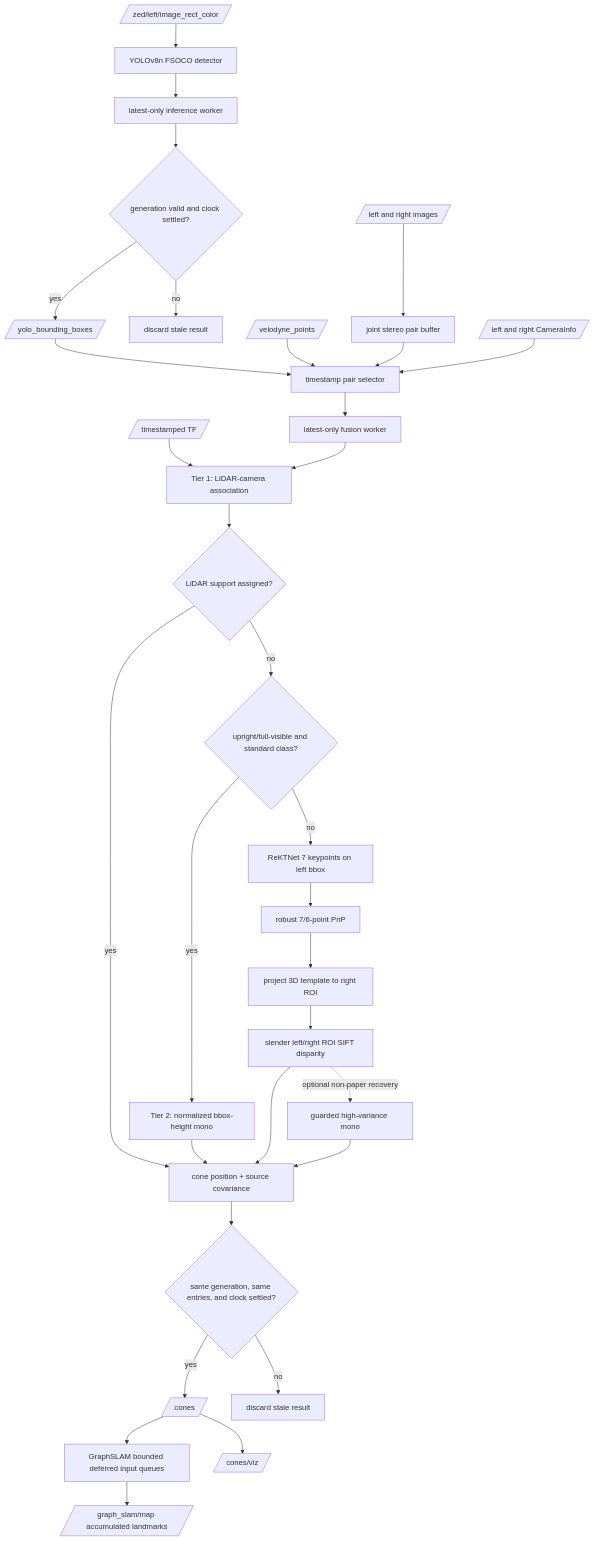
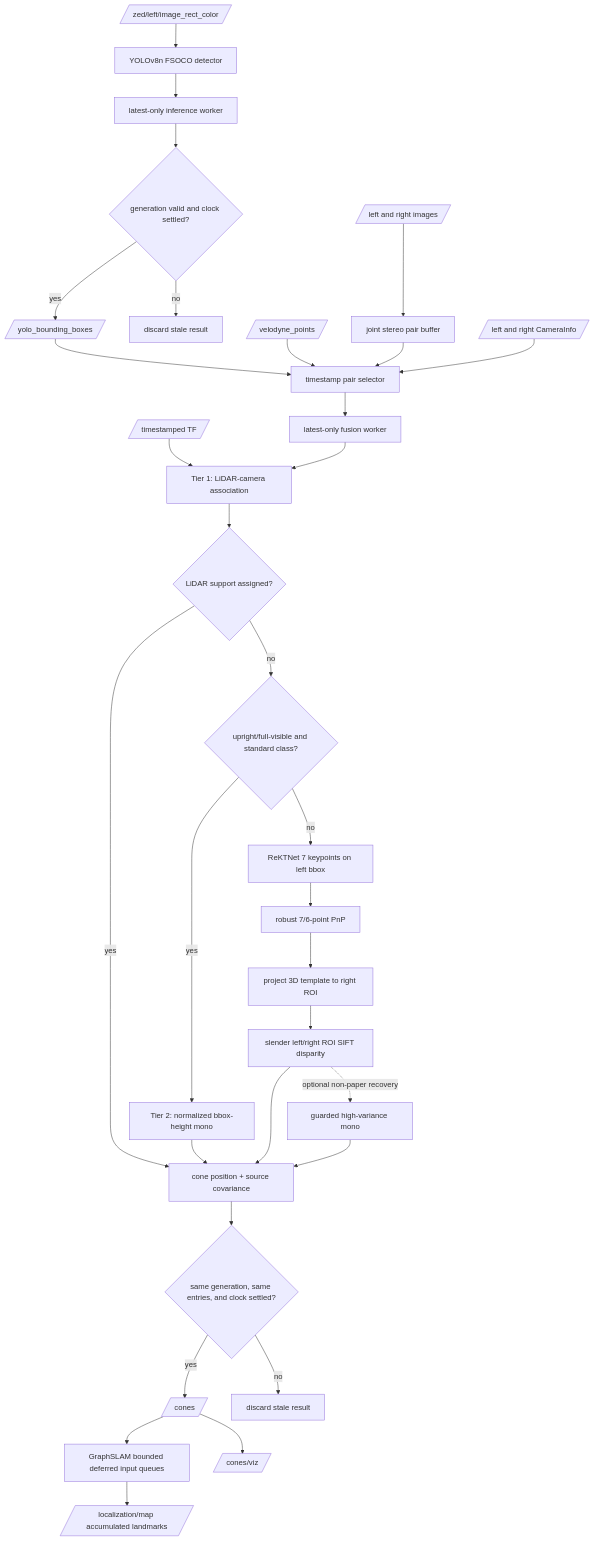
The diagram in perception/docs/current_perception_pipeline.md (shchon11/HYU-Formula-Student), drawn with Mermaid before and after one commit. The commit also changed 99 other files, not shown here.

````diff
--- a/perception/docs/current_perception_pipeline.md
+++ b/perception/docs/current_perception_pipeline.md
@@ -8,37 +8,37 @@
 ```mermaid
 flowchart TD
   L[/zed/left/image_rect_color/] --> Y[YOLOv8n FSOCO detector]
   Y --> YW[latest-only inference worker]
   YW --> YC{generation valid and clock settled?}
   YC -- yes --> B[/yolo_bounding_boxes/]
   YC -- no --> DROP1[discard stale result]
 
   B --> S[timestamp pair selector]
   P[/velodyne_points/] --> S
   LI[/left and right images/] --> SP[joint stereo pair buffer]
   SP --> S
   CI[/left and right CameraInfo/] --> S
   TF[/timestamped TF/] --> F
 
   S --> FW[latest-only fusion worker]
   FW --> F[Tier 1: LiDAR-camera association]
   F --> A{LiDAR support assigned?}
   A -- yes --> O[cone position + source covariance]
   A -- no --> C{upright/full-visible and standard class?}
   C -- yes --> M[Tier 2: normalized bbox-height mono]
   C -- no --> RK[ReKTNet 7 keypoints on left bbox]
   RK --> PNP[robust 7/6-point PnP]
   PNP --> RP[project 3D template to right ROI]
   RP --> ST[slender left/right ROI SIFT disparity]
   ST -. optional non-paper recovery .-> HM[guarded high-variance mono]
   M --> O
   ST --> O
   HM --> O
 
   O --> FC{same generation, same entries, and clock settled?}
   FC -- yes --> CONES[/cones/]
   FC -- no --> DROP2[discard stale result]
   CONES --> SLAM[GraphSLAM bounded deferred input queues]
-  SLAM --> MAP[/graph_slam/map accumulated landmarks/]
+  SLAM --> MAP[/localization/map accumulated landmarks/]
   CONES --> VIZ[/cones/viz/]
 ```
````
